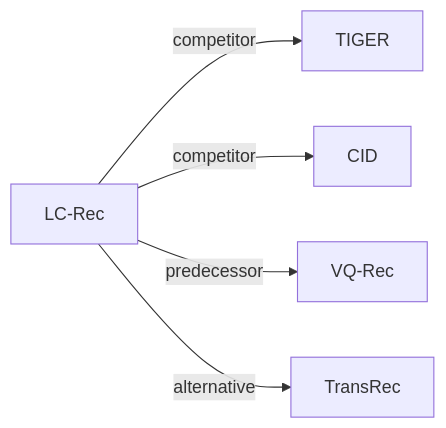
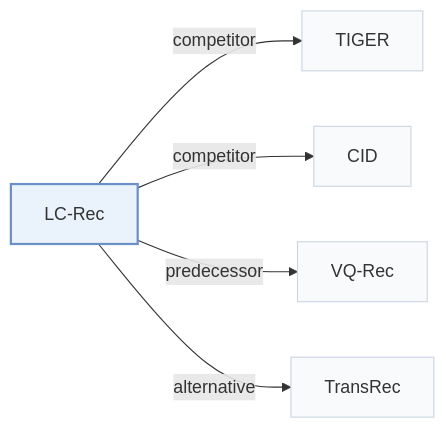
One commit to Galaxy-ghost/Awesome-SID-Generative-Rec changed the third of 3 diagrams in pages/papers/lc-rec.md. Above: the diagram before and after it, drawn with Mermaid. The commit also changed other lines of this file and 649 other files, not shown here.

Commit message:
writer-05: also tags and modality index (schema, check, build, visuals); summary field removed; calibration data for 12 papers

````diff
--- a/pages/papers/lc-rec.md
+++ b/pages/papers/lc-rec.md
@@ -122,8 +136,12 @@
 ```mermaid
 flowchart LR
     P["LC-Rec"]
-    P -->|competitor| A["TIGER"]
-    P -->|competitor| B["CID"]
-    P -->|predecessor| C["VQ-Rec"]
-    P -->|alternative| D["TransRec"]
+    P -->|"competitor"| A["TIGER"]
+    P -->|"competitor"| B["CID"]
+    P -->|"predecessor"| C["VQ-Rec"]
+    P -->|"alternative"| D["TransRec"]
+    classDef main fill:#eaf2fb,stroke:#6b8fc7,stroke-width:2px
+    classDef peer fill:#f8fafc,stroke:#cbd5e1
+    class P main
+    class A,B,C,D peer
 ```
````
